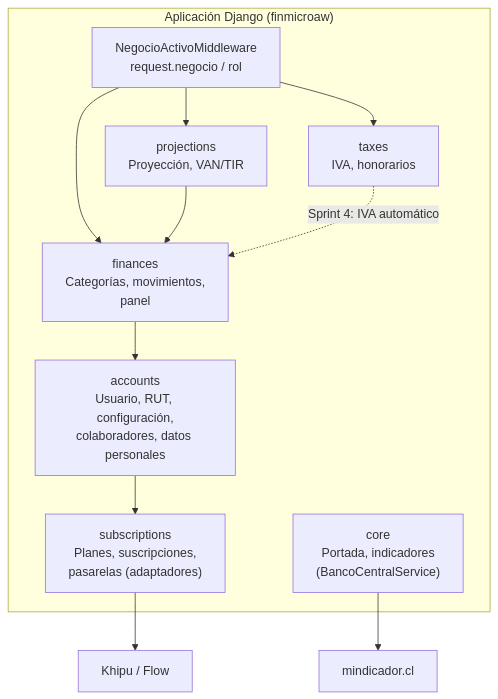
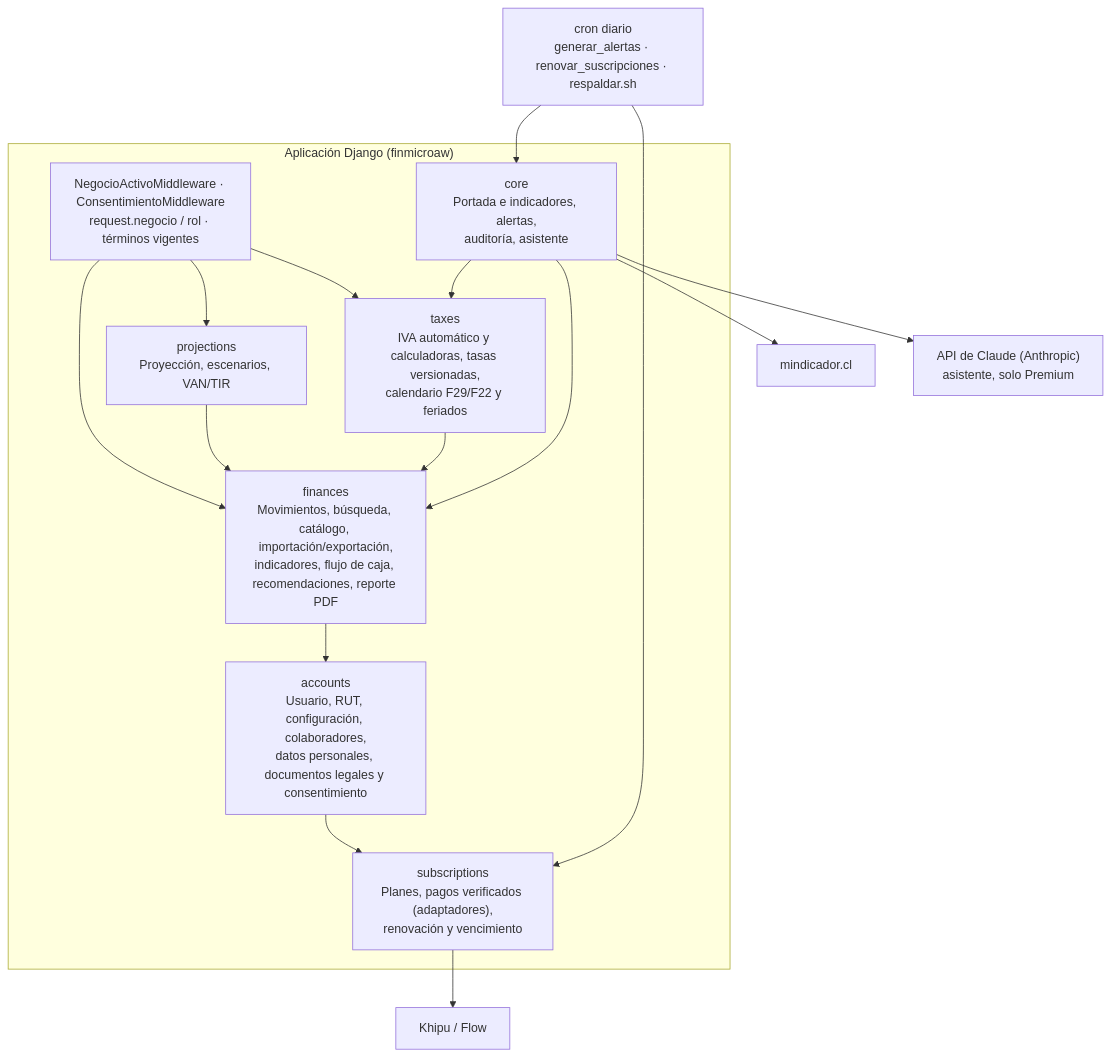
One commit to SrDanix/FinMicro changed the third of 3 diagrams in docs/07_arquitectura.md. Above: the diagram before and after it, drawn with Mermaid. The commit also changed other lines of this file and 8 other files, not shown here.

First line of the commit message:
D-04: diagramas actualizados y exportados para los anexos del informe

````diff
--- a/docs/07_arquitectura.md
+++ b/docs/07_arquitectura.md
@@ -57,19 +60,23 @@
 ```mermaid
 flowchart TB
     subgraph Django["Aplicación Django (finmicroaw)"]
-        MW["NegocioActivoMiddleware<br/>request.negocio / rol"]
-        ACC["accounts<br/>Usuario, RUT, configuración,<br/>colaboradores, datos personales"]
-        FIN["finances<br/>Categorías, movimientos,<br/>panel"]
-        TAX["taxes<br/>IVA, honorarios"]
-        PRO["projections<br/>Proyección, VAN/TIR"]
-        SUB["subscriptions<br/>Planes, suscripciones,<br/>pasarelas (adaptadores)"]
-        CORE["core<br/>Portada, indicadores<br/>(BancoCentralService)"]
+        MW["NegocioActivoMiddleware · ConsentimientoMiddleware<br/>request.negocio / rol · términos vigentes"]
+        ACC["accounts<br/>Usuario, RUT, configuración, colaboradores,<br/>datos personales, documentos legales y consentimiento"]
+        FIN["finances<br/>Movimientos, búsqueda, catálogo, importación/exportación,<br/>indicadores, flujo de caja, recomendaciones, reporte PDF"]
+        TAX["taxes<br/>IVA automático y calculadoras, tasas versionadas,<br/>calendario F29/F22 y feriados"]
+        PRO["projections<br/>Proyección, escenarios, VAN/TIR"]
+        SUB["subscriptions<br/>Planes, pagos verificados (adaptadores),<br/>renovación y vencimiento"]
+        CORE["core<br/>Portada e indicadores, alertas,<br/>auditoría, asistente"]
     end
+    CRON["cron diario<br/>generar_alertas · renovar_suscripciones · respaldar.sh"]
     MW --> FIN & TAX & PRO
     ACC --> SUB
     FIN --> ACC
     PRO --> FIN
-    TAX -. "Sprint 4: IVA automático" .-> FIN
+    TAX --> FIN
+    CORE --> FIN & TAX
+    CRON --> CORE & SUB
     CORE --> EXT1["mindicador.cl"]
+    CORE --> EXT3["API de Claude (Anthropic)<br/>asistente, solo Premium"]
     SUB --> EXT2["Khipu / Flow"]
 ```
````
